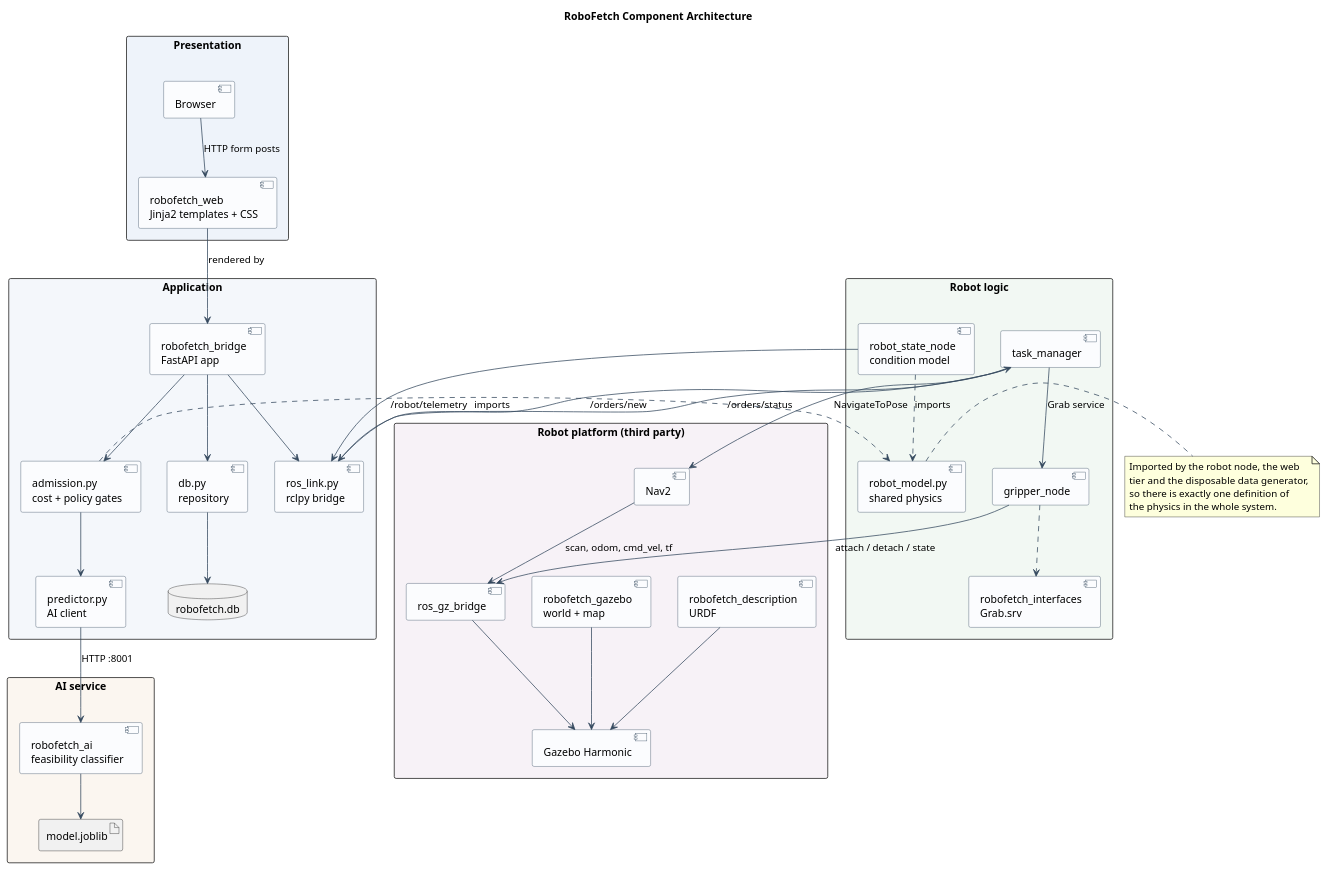
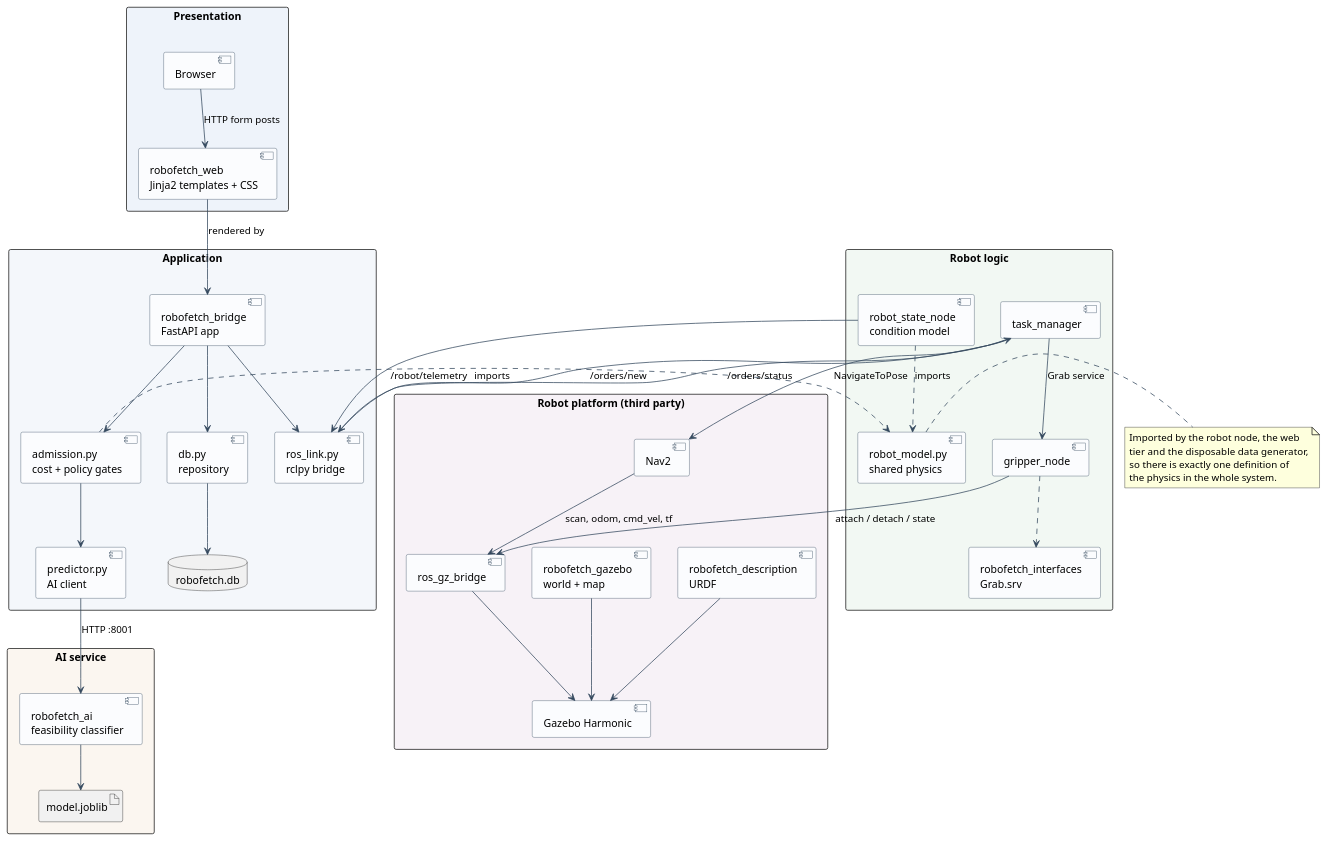
One commit to ArianShafagh/robofetch changed the diagram in report/uml/08-component.puml. Above: the diagram before and after it, drawn with PlantUML. The commit also changed 24 other files, not shown here.

First line of the commit message:
Diagrams: drop the titles and the prose, explain them in the report instead

```diff
--- a/report/uml/08-component.puml
+++ b/report/uml/08-component.puml
@@ -7,79 +7,78 @@
 @startuml
 skinparam backgroundColor White
 skinparam shadowing false
 skinparam component {
   BackgroundColor #FBFCFE
   BorderColor #34495E
   ArrowColor #34495E
 }
 skinparam packageStyle rectangle
 
-title RoboFetch Component Architecture
 
 package "Presentation" #EEF3FA {
   [Browser] as BR
   [robofetch_web\nJinja2 templates + CSS] as WEB
 }
 
 package "Application" #F4F7FB {
   [robofetch_bridge\nFastAPI app] as APP
   [admission.py\ncost + policy gates] as ADM
   [db.py\nrepository] as DB
   [predictor.py\nAI client] as PRED
   [ros_link.py\nrclpy bridge] as LINK
   database "robofetch.db" as SQLITE
 }
 
 package "AI service" #FBF6F0 {
   [robofetch_ai\nfeasibility classifier] as AI
   artifact "model.joblib" as MODEL
 }
 
 package "Robot logic" #F2F8F3 {
   [task_manager] as TM
   [robot_state_node\ncondition model] as RSN
   [gripper_node] as GN
   [robot_model.py\nshared physics] as RM
   [robofetch_interfaces\nGrab.srv] as IFACE
 }
 
 package "Robot platform (third party)" #F7F2F7 {
   [Nav2] as NAV
   [Gazebo Harmonic] as GZ
   [ros_gz_bridge] as BRIDGE
   [robofetch_description\nURDF] as URDF
   [robofetch_gazebo\nworld + map] as WORLD
 }
 
 BR --> WEB : HTTP form posts
 WEB --> APP : rendered by
 APP --> ADM
 APP --> DB
 APP --> LINK
 ADM --> PRED
 ADM ..> RM : imports
 DB --> SQLITE
 PRED --> AI : HTTP :8001
 AI --> MODEL
 
 LINK --> TM : /orders/new
 TM --> LINK : /orders/status
 RSN --> LINK : /robot/telemetry
 RSN ..> RM : imports
 TM --> GN : Grab service
 GN ..> IFACE
 TM --> NAV : NavigateToPose
 GN --> BRIDGE : attach / detach / state
 NAV --> BRIDGE : scan, odom, cmd_vel, tf
 BRIDGE --> GZ
 URDF --> GZ
 WORLD --> GZ
 
 note right of RM
   Imported by the robot node, the web
   tier and the disposable data generator,
   so there is exactly one definition of
   the physics in the whole system.
 end note
 
 @enduml
```
